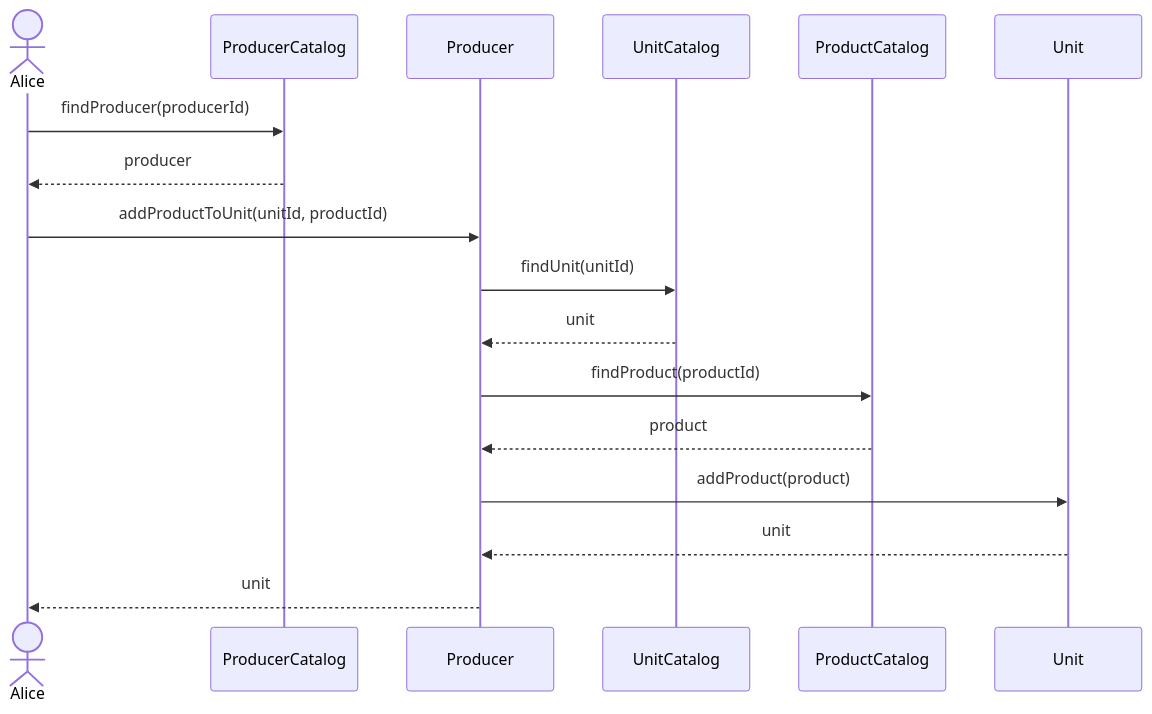
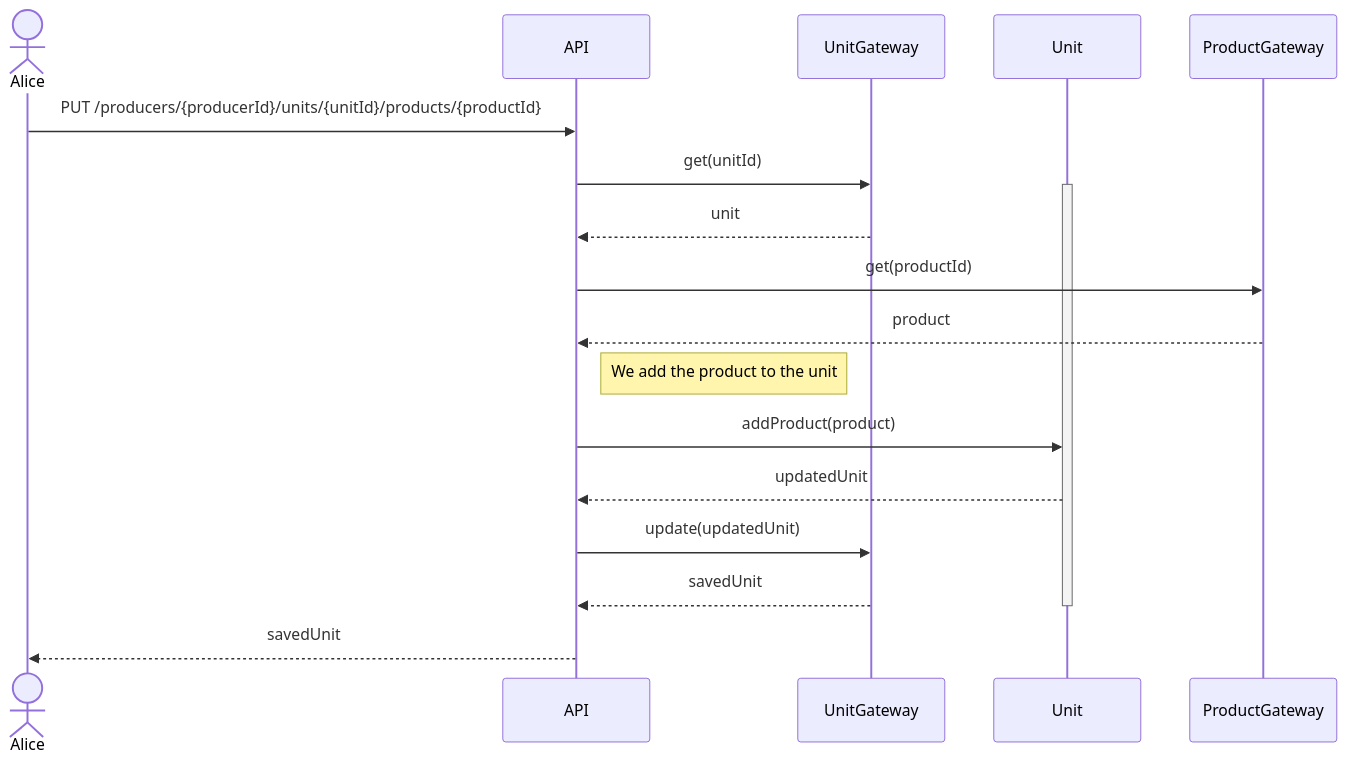
Before and after one commit to hivetown/planning: diagram 25 of 32 in sequence.md, drawn with Mermaid. The commit also changed other lines of this file, not shown here.

Commit message:
diagramas de sequência

````diff
--- a/sequence.md
+++ b/sequence.md
@@ -837,25 +845,28 @@
 ```mermaid
 sequenceDiagram
     actor A as Alice
-    participant PC as ProducerCatalog
-    participant P as Producer
-    participant UC as UnitCatalog
-    participant PrC as ProductCatalog
+    participant API as API
+    participant UG as UnitGateway
     participant U as Unit
+    participant PG as ProductGateway
+    
+    A ->> API: PUT /producers/{producerId}/units/{unitId}/products/{productId}
 
-    A ->> PC: findProducer(producerId)
-    PC -->> A: producer
+    API ->> UG: get(unitId)
+    activate U
+    UG -->> API: unit
 
-    A ->> P: addProductToUnit(unitId, productId)
+    API ->> PG: get(productId)
+    PG -->> API: product
 
-    P ->> UC: findUnit(unitId)
-    UC -->> P: unit
+    Note right of API: We add the product to the unit
+    API ->> U: addProduct(product)
+    U -->> API: updatedUnit
+    
+    API ->> UG: update(updatedUnit)
+    UG -->> API: savedUnit
 
-    P ->> PrC: findProduct(productId)
-    PrC -->> P: product
+    deactivate U
 
-    P ->> U: addProduct(product)
-    U -->> P: unit
-
-    P -->> A: unit
+    API -->> A: savedUnit
 ```
````
